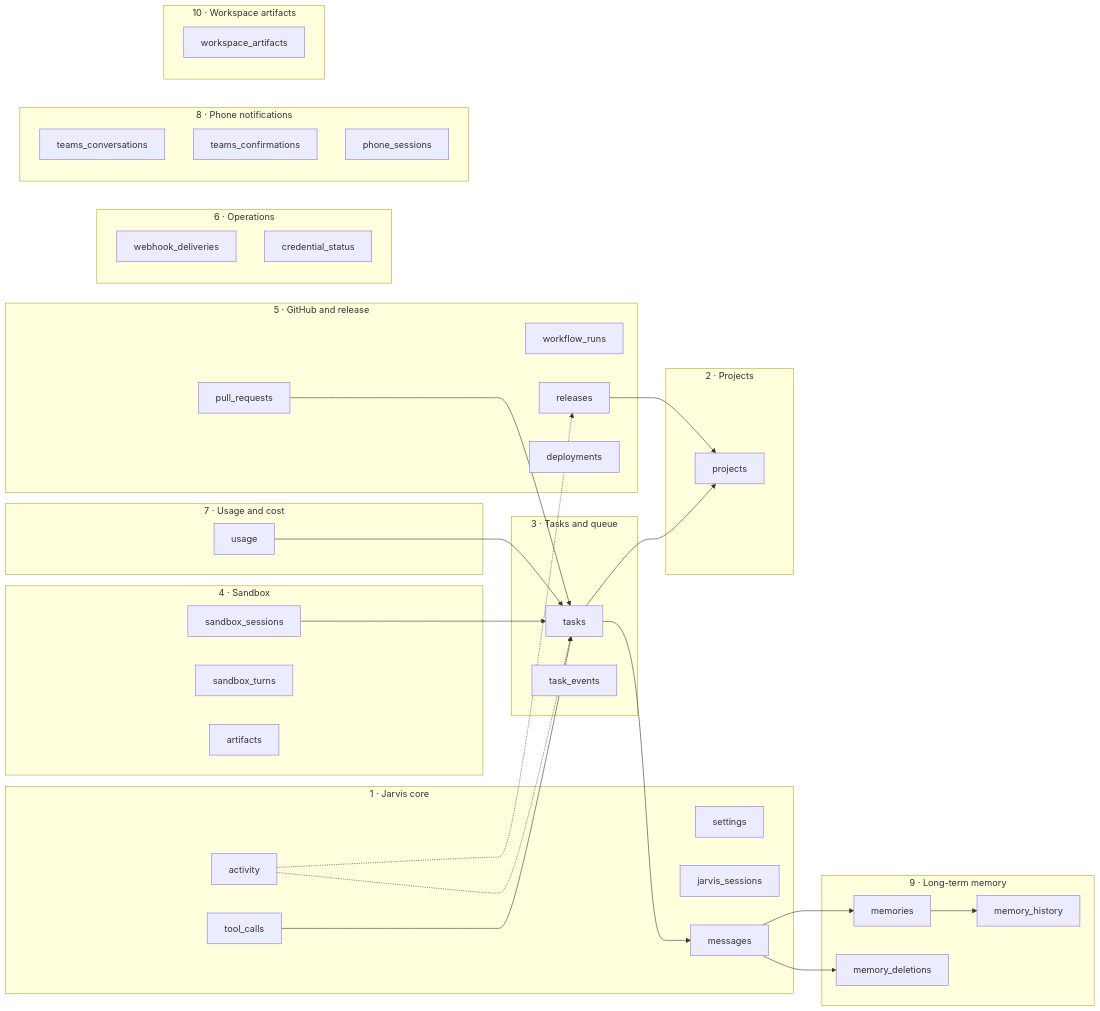
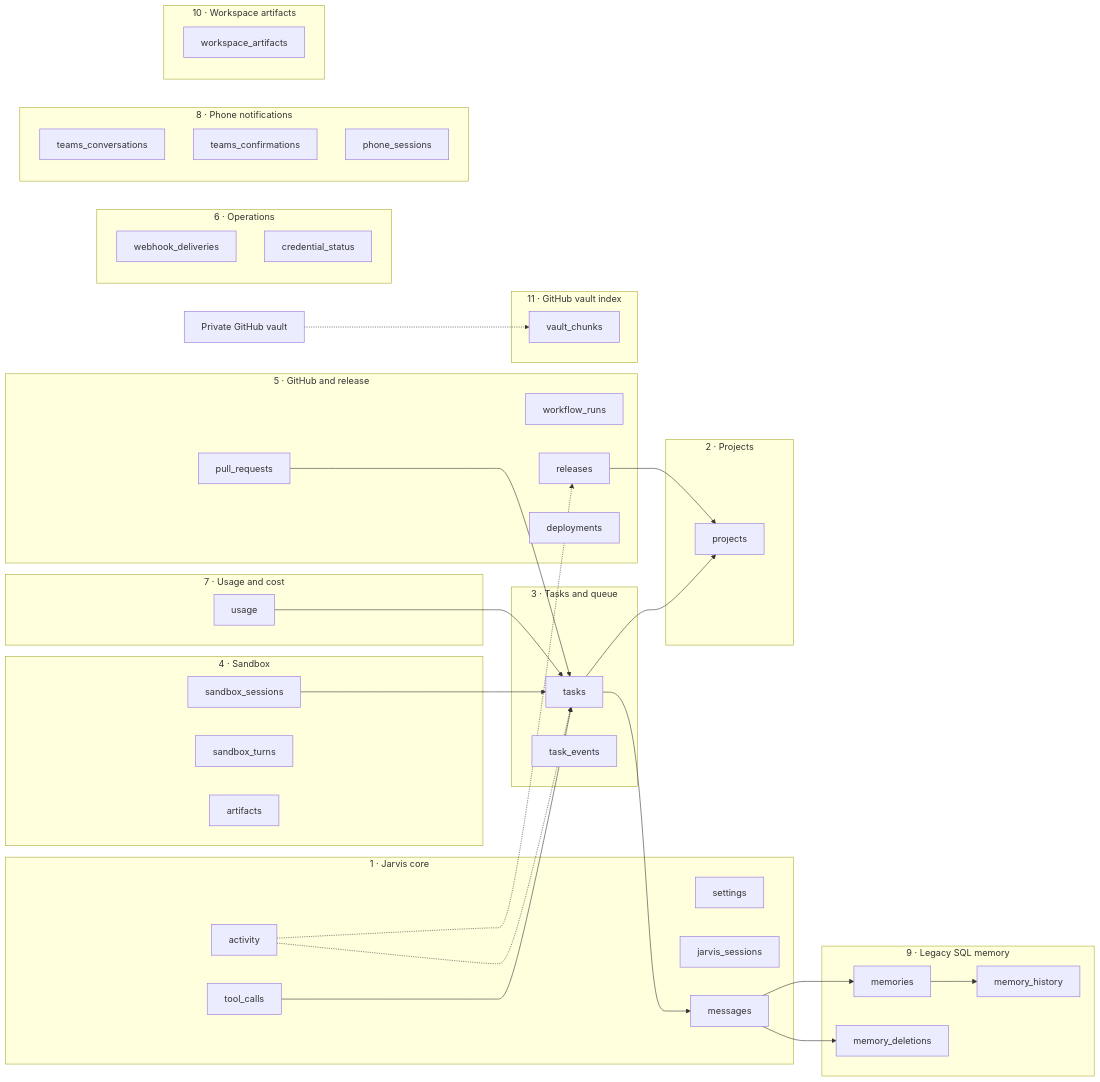
One commit to DanAakesen/jarvis changed the first of 9 diagrams in docs/data-model.md. Above: the diagram before and after it, drawn with Mermaid. The commit also changed other lines of this file and 40 other files, not shown here.

First line of the commit message:
P7-40: Use GitHub vault for durable memory (#445)

````diff
--- a/docs/data-model.md
+++ b/docs/data-model.md
@@ -69,60 +72,64 @@
 ```mermaid
 flowchart LR
     subgraph CORE["1 · Jarvis core"]
         settings
         jarvis_sessions
         messages
         tool_calls
         activity
     end
     subgraph PROJ["2 · Projects"]
         projects
     end
     subgraph TASK["3 · Tasks and queue"]
         tasks
         task_events
     end
     subgraph SANDBOX["4 · Sandbox"]
         sandbox_sessions
         sandbox_turns
         artifacts
     end
     subgraph REL["5 · GitHub and release"]
         pull_requests
         workflow_runs
         releases
         deployments
     end
     subgraph USE["7 · Usage and cost"]
         usage
     end
-    subgraph MEMORY["9 · Long-term memory"]
+    subgraph MEMORY["9 · Legacy SQL memory"]
         memories
         memory_history
         memory_deletions
     end
+    subgraph VAULT["11 · GitHub vault index"]
+        vault_chunks
+    end
+    vault_repo["Private GitHub vault"] -.-> vault_chunks
     subgraph OPS["6 · Operations"]
         webhook_deliveries
         credential_status
     end
     subgraph PHONE["8 · Phone notifications"]
         teams_conversations
         teams_confirmations
         phone_sessions
     end
     subgraph WORKSPACE["10 · Workspace artifacts"]
         workspace_artifacts
     end
     tool_calls --> tasks
     tasks --> projects
     sandbox_sessions --> tasks
     pull_requests --> tasks
     releases --> projects
     activity -.-> tasks
     activity -.-> releases
     usage --> tasks
     tasks --> messages
     messages --> memories
     memories --> memory_history
     messages --> memory_deletions
 ```
````
